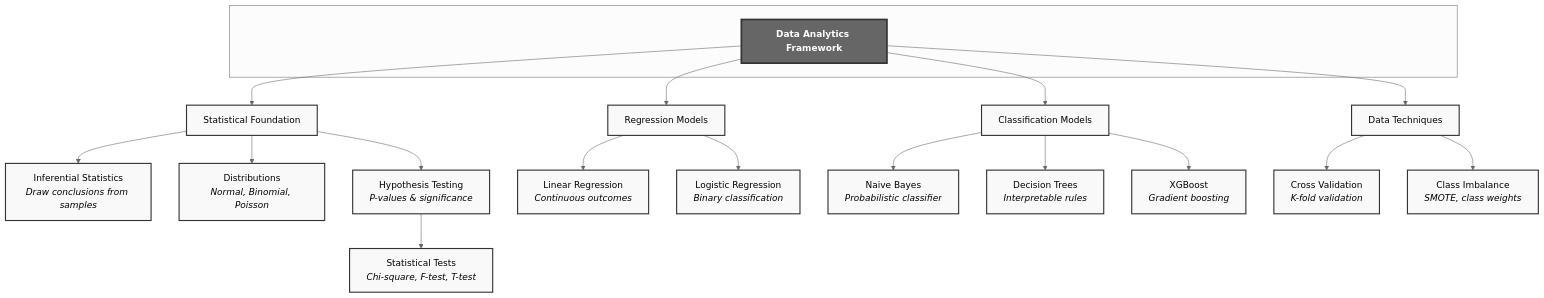
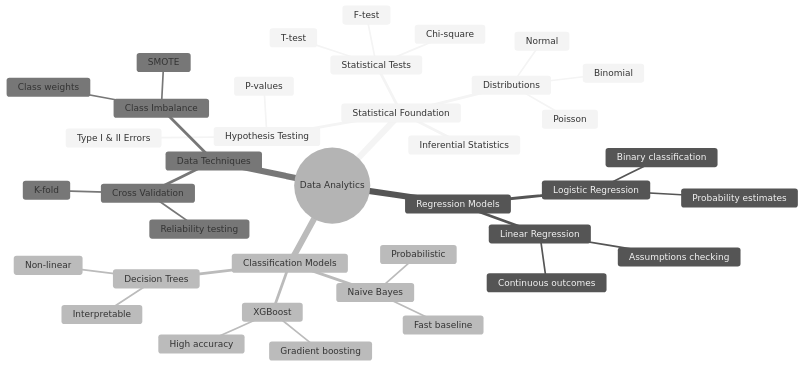
Before and after one commit to gamer2810/supreme-adventure: the first of 2 diagrams in _posts/2026-04-25-from-engineer-to-data-analyst-my-google-advanced-data-analytics-journey.md, drawn with Mermaid (neutral theme). The commit also changed other lines of this file, not shown here.

Commit message:
Update decision framework and data analytics diagrams

````diff
--- a/_posts/2026-04-25-from-engineer-to-data-analyst-my-google-advanced-data-analytics-journey.md
+++ b/_posts/2026-04-25-from-engineer-to-data-analyst-my-google-advanced-data-analytics-journey.md
@@ -31,32 +31,41 @@
 ```mermaid
-graph
-    subgraph " "
-    DA["<b>Data Analytics Framework</b>"]
-    end
-    
-    DA --> SF["Statistical Foundation"]
-    DA --> RM["Regression Models"]
-    DA --> CM["Classification Models"]
-    DA --> DT["Data Techniques"]
-    
-    SF --> IS["Inferential Statistics<br/><i>Draw conclusions from samples</i>"]
-    SF --> DIST["Distributions<br/><i>Normal, Binomial, Poisson</i>"]
-    SF --> HT["Hypothesis Testing<br/><i>P-values & significance</i>"]
-    
-    HT --> TESTS["Statistical Tests<br/><i>Chi-square, F-test, T-test</i>"]
-    
-    RM --> LR["Linear Regression<br/><i>Continuous outcomes</i>"]
-    RM --> LOGR["Logistic Regression<br/><i>Binary classification</i>"]
-    
-    CM --> NB["Naive Bayes<br/><i>Probabilistic classifier</i>"]
-    CM --> TREE["Decision Trees<br/><i>Interpretable rules</i>"]
-    CM --> XGB["XGBoost<br/><i>Gradient boosting</i>"]
-    
-    DT --> CV["Cross Validation<br/><i>K-fold validation</i>"]
-    DT --> CI["Class Imbalance<br/><i>SMOTE, class weights</i>"]
-    
-    classDef default fill:#f9f9f9,stroke:#333,stroke-width:2px,color:#000
-    classDef center fill:#666,stroke:#333,stroke-width:3px,color:#fff
-    
-    class DA center
+mindmap
+  root((Data Analytics))
+    Statistical Foundation
+      Inferential Statistics
+      Distributions
+        Normal
+        Binomial
+        Poisson
+      Hypothesis Testing
+        P-values
+        Type I & II Errors
+      Statistical Tests
+        Chi-square
+        F-test
+        T-test
+    Regression Models
+      Linear Regression
+        Continuous outcomes
+        Assumptions checking
+      Logistic Regression
+        Binary classification
+        Probability estimates
+    Classification Models
+      Naive Bayes
+        Probabilistic
+        Fast baseline
+      Decision Trees
+        Interpretable
+        Non-linear
+      XGBoost
+        Gradient boosting
+        High accuracy
+    Data Techniques
+      Cross Validation
+        K-fold
+        Reliability testing
+      Class Imbalance
+        SMOTE
+        Class weights
 ```
````
